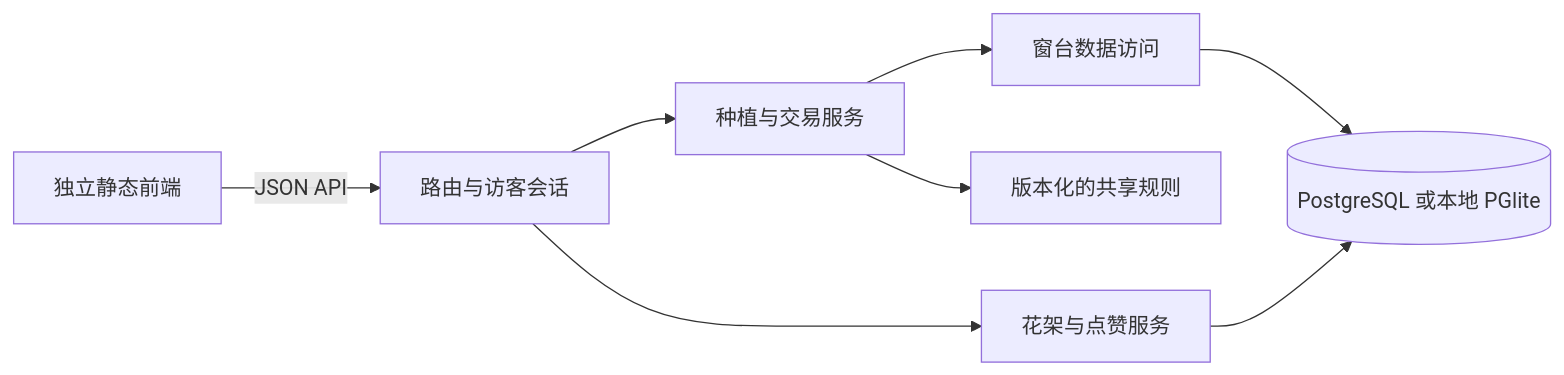
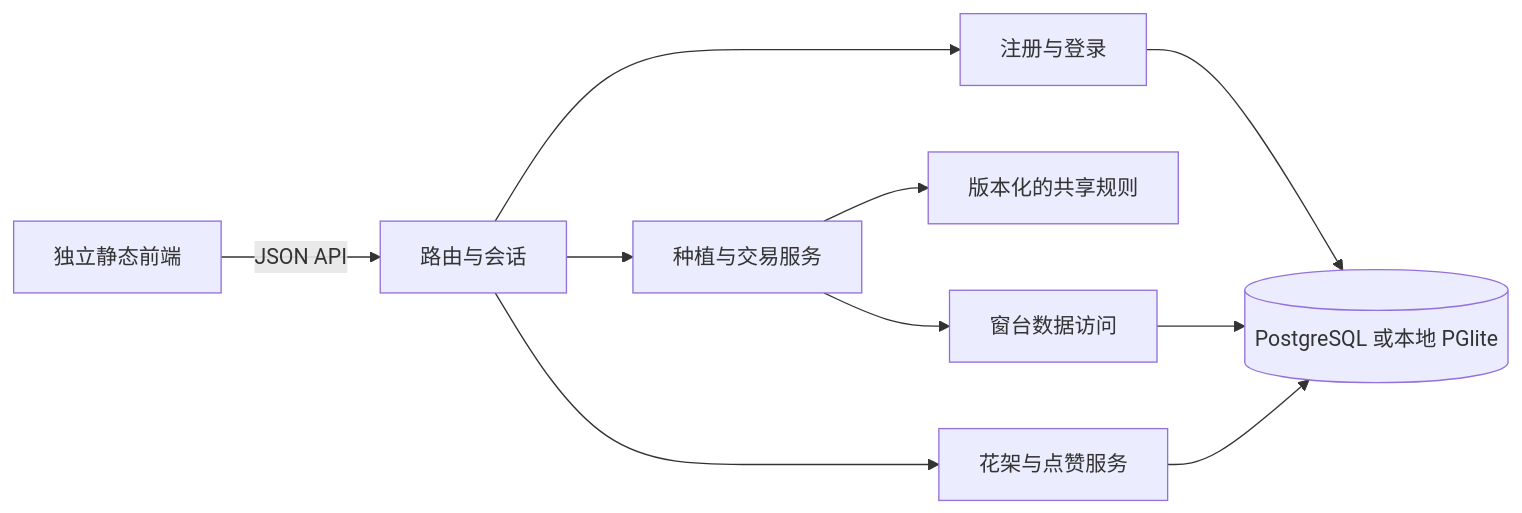
One commit to dagcog/plant changed the diagram in docs/06-前后端拆分与扩展.md. Above: the diagram before and after it, drawn with Mermaid. The commit also changed other lines of this file and 18 other files, not shown here.

````diff
--- a/docs/06-前后端拆分与扩展.md
+++ b/docs/06-前后端拆分与扩展.md
@@ -3,10 +3,12 @@
 ```mermaid
 flowchart LR
-    Browser[独立静态前端] -->|JSON API| HTTP[路由与访客会话]
+    Browser[独立静态前端] -->|JSON API| HTTP[路由与会话]
+    HTTP --> Auth[注册与登录]
     HTTP --> Game[种植与交易服务]
     HTTP --> Social[花架与点赞服务]
     Game --> Rules[版本化的共享规则]
     Game --> Repo[窗台数据访问]
     Repo --> PG[(PostgreSQL 或本地 PGlite)]
+    Auth --> PG
     Social --> PG
 ```
````
